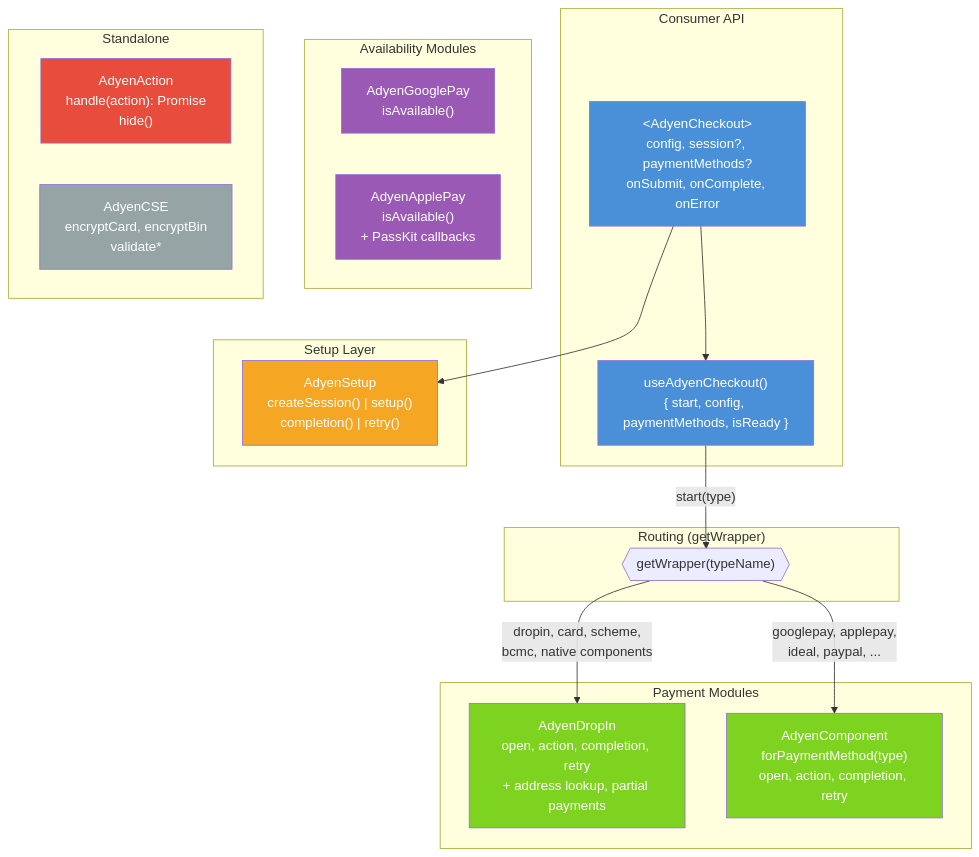
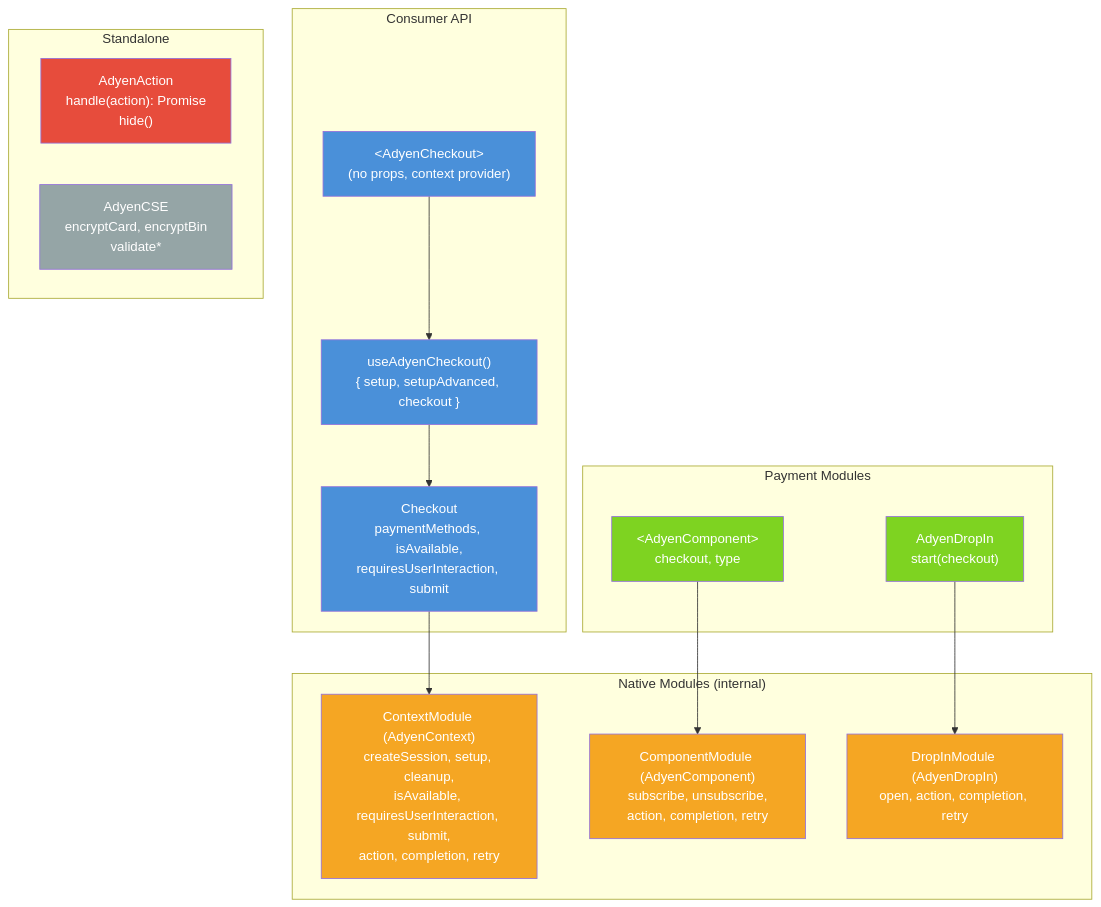
Before and after one commit to Adyen/adyen-react-native: the fourth of 4 diagrams in docs/public-api-flows.md, drawn with Mermaid. The commit also changed other lines of this file and 48 other files, not shown here.

````diff
--- a/docs/public-api-flows.md
+++ b/docs/public-api-flows.md
@@ -119,46 +133,41 @@
 ```mermaid
 graph TB
     subgraph "Consumer API"
-        AC["&lt;AdyenCheckout&gt;<br/>config, session?, paymentMethods?<br/>onSubmit, onComplete, onError"]
-        Hook["useAdyenCheckout()<br/>{ start, config, paymentMethods, isReady }"]
-    end
-
-    subgraph "Setup Layer"
-        Setup["AdyenSetup<br/>createSession() | setup()<br/>completion() | retry()"]
+        AC["&lt;AdyenCheckout&gt;<br/>(no props, context provider)"]
+        Hook["useAdyenCheckout()<br/>{ setup, setupAdvanced, checkout }"]
+        Checkout["Checkout<br/>paymentMethods, isAvailable,<br/>requiresUserInteraction, submit"]
     end
 
     subgraph "Payment Modules"
-        DropIn["AdyenDropIn<br/>open, action, completion, retry<br/>+ address lookup, partial payments"]
-        Component["AdyenComponent<br/>forPaymentMethod(type)<br/>open, action, completion, retry"]
-    end
-
-    subgraph "Availability Modules"
-        GooglePay["AdyenGooglePay<br/>isAvailable()"]
-        ApplePay["AdyenApplePay<br/>isAvailable()<br/>+ PassKit callbacks"]
+        DropIn["AdyenDropIn<br/>start(checkout)"]
+        Component["&lt;AdyenComponent&gt;<br/>checkout, type"]
     end
 
     subgraph "Standalone"
         ActionMod["AdyenAction<br/>handle(action): Promise<br/>hide()"]
         CSE["AdyenCSE<br/>encryptCard, encryptBin<br/>validate*"]
     end
 
-    subgraph "Routing (getWrapper)"
-        Router{{"getWrapper(typeName)"}}
+    subgraph "Native Modules (internal)"
+        Context["ContextModule (AdyenContext)<br/>createSession, setup, cleanup,<br/>isAvailable, requiresUserInteraction, submit,<br/>action, completion, retry"]
+        CompMod["ComponentModule (AdyenComponent)<br/>subscribe, unsubscribe,<br/>action, completion, retry"]
+        DropInMod["DropInModule (AdyenDropIn)<br/>open, action, completion, retry"]
     end
 
     AC --> Hook
-    AC --> Setup
-    Hook -->|"start(type)"| Router
-    Router -->|"dropin, card, scheme,<br/>bcmc, native components"| DropIn
-    Router -->|"googlepay, applepay,<br/>ideal, paypal, ..."| Component
+    Hook --> Checkout
+    Checkout --> Context
+    DropIn --> DropInMod
+    Component --> CompMod
 
     style AC fill:#4a90d9,color:#fff
     style Hook fill:#4a90d9,color:#fff
-    style Setup fill:#f5a623,color:#fff
+    style Checkout fill:#4a90d9,color:#fff
     style DropIn fill:#7ed321,color:#fff
     style Component fill:#7ed321,color:#fff
-    style GooglePay fill:#9b59b6,color:#fff
-    style ApplePay fill:#9b59b6,color:#fff
     style ActionMod fill:#e74c3c,color:#fff
     style CSE fill:#95a5a6,color:#fff
+    style Context fill:#f5a623,color:#fff
+    style CompMod fill:#f5a623,color:#fff
+    style DropInMod fill:#f5a623,color:#fff
 ```
````
